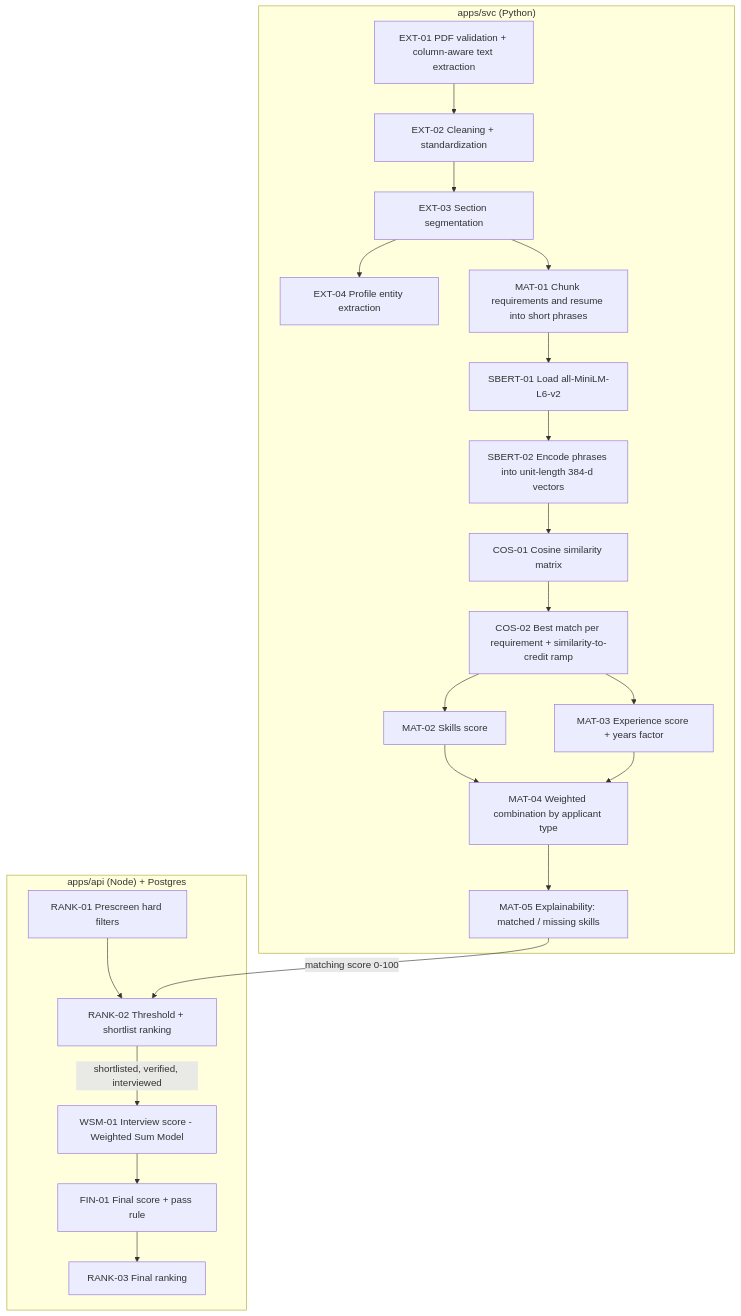
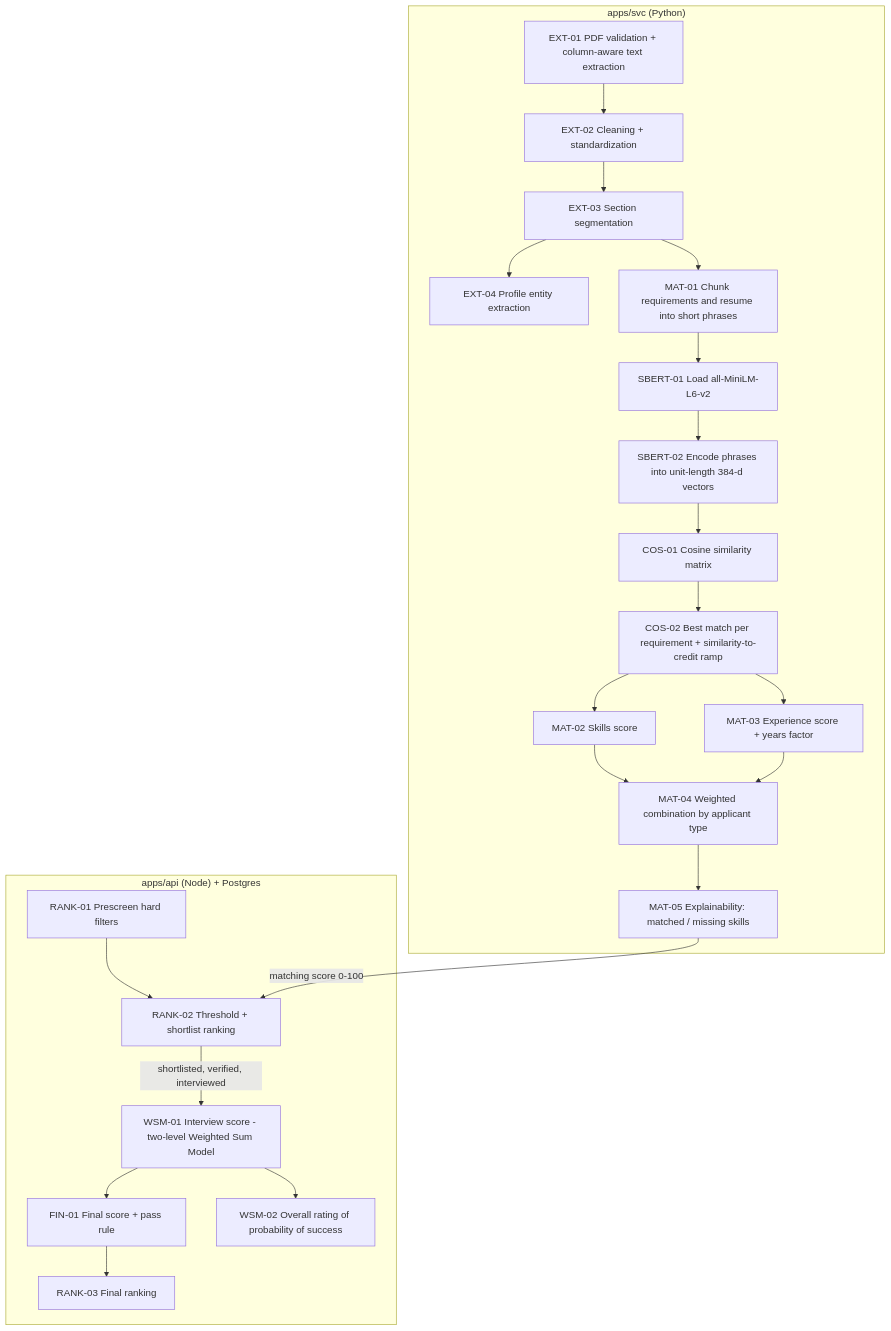
One commit to Aenyxxx/VERA changed the diagram in docs/ALGORITHM.md. Above: the diagram before and after it, drawn with Mermaid. The commit also changed other lines of this file and 26 other files, not shown here.

Commit message:
feat: S9b competency profile rubric (3 sections, 15 items, two-level WSM)

````diff
--- a/docs/ALGORITHM.md
+++ b/docs/ALGORITHM.md
@@ -11,25 +11,26 @@
 ```mermaid
 flowchart TD
   subgraph SVC["apps/svc (Python)"]
     A[EXT-01 PDF validation + column-aware text extraction] --> B[EXT-02 Cleaning + standardization]
     B --> C[EXT-03 Section segmentation]
     C --> D[EXT-04 Profile entity extraction]
     C --> E[MAT-01 Chunk requirements and resume into short phrases]
     E --> F[SBERT-01 Load all-MiniLM-L6-v2]
     F --> G[SBERT-02 Encode phrases into unit-length 384-d vectors]
     G --> H[COS-01 Cosine similarity matrix]
     H --> I[COS-02 Best match per requirement + similarity-to-credit ramp]
     I --> J[MAT-02 Skills score]
     I --> K[MAT-03 Experience score + years factor]
     J --> L[MAT-04 Weighted combination by applicant type]
     K --> L
     L --> M[MAT-05 Explainability: matched / missing skills]
   end
   subgraph API["apps/api (Node) + Postgres"]
     N[RANK-01 Prescreen hard filters] --> O[RANK-02 Threshold + shortlist ranking]
-    P[WSM-01 Interview score - Weighted Sum Model] --> Q[FIN-01 Final score + pass rule]
+    P[WSM-01 Interview score - two-level Weighted Sum Model] --> Q[FIN-01 Final score + pass rule]
+    P --> P2[WSM-02 Overall rating of probability of success]
     Q --> R[RANK-03 Final ranking]
   end
   M -->|matching score 0-100| O
   O -->|shortlisted, verified, interviewed| P
 ```
````
